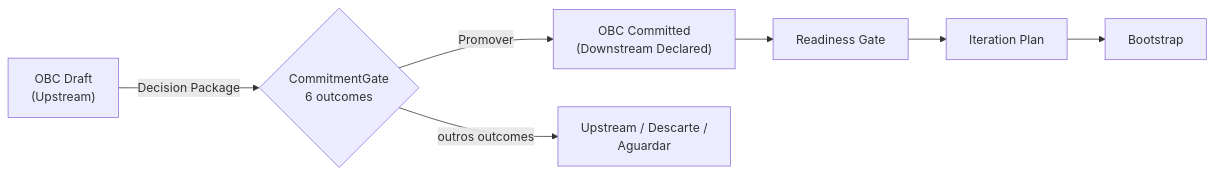
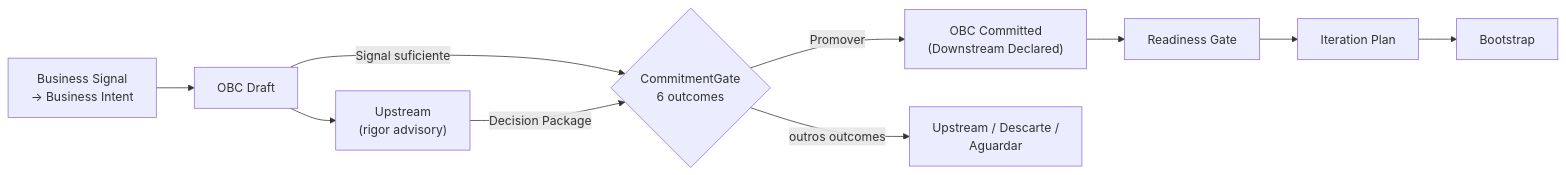
The second of 2 diagrams in capitulo-03.md (produtoreativo/from-intent-to-outcome), drawn with Mermaid before and after one commit. The commit also changed other lines of this file and 7 other files, not shown here.

First line of the commit message:
fix: corrige origem do OBC — nasce na transição Business Signal → Business Intent

````diff
--- a/capitulo-03.md
+++ b/capitulo-03.md
@@ -150,9 +150,12 @@
 ```mermaid
 graph LR
-    A["OBC Draft\n(Upstream)"] -->|"Decision Package"| B{"CommitmentGate\n6 outcomes"}
-    B -->|"Promover"| C["OBC Committed\n(Downstream Declared)"]
-    B -->|"outros outcomes"| X["Upstream / Descarte /\nAguardar"]
+    BS["Business Signal\n→ Business Intent"] --> A["OBC Draft"]
+    A --> UP["Upstream\n(rigor advisory)"]
+    A -->|"Signal suficiente"| CG{"CommitmentGate\n6 outcomes"}
+    UP -->|"Decision Package"| CG
+    CG -->|"Promover"| C["OBC Committed\n(Downstream Declared)"]
+    CG -->|"outros outcomes"| X["Upstream / Descarte /\nAguardar"]
     C --> D["Readiness Gate"]
     D --> E["Iteration Plan"]
     E --> F["Bootstrap"]
 ```
````
